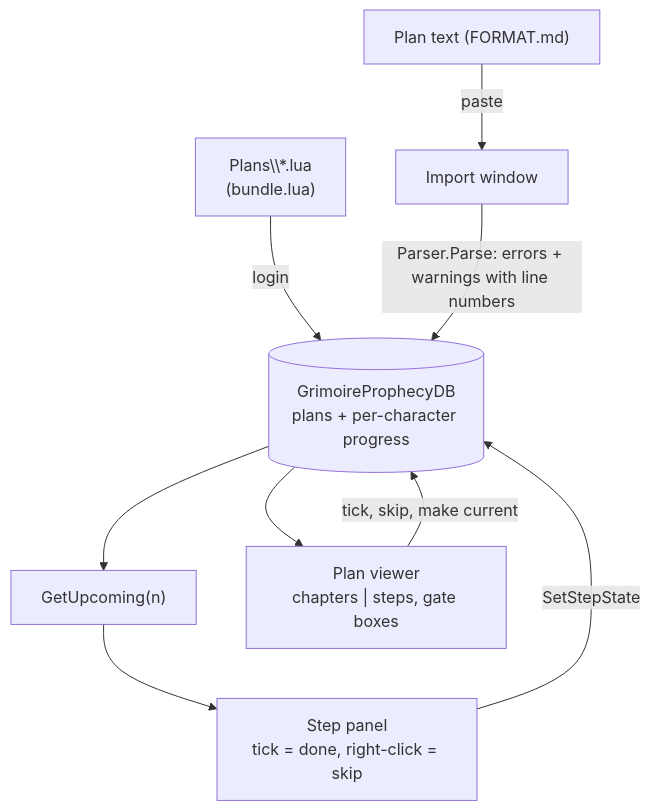
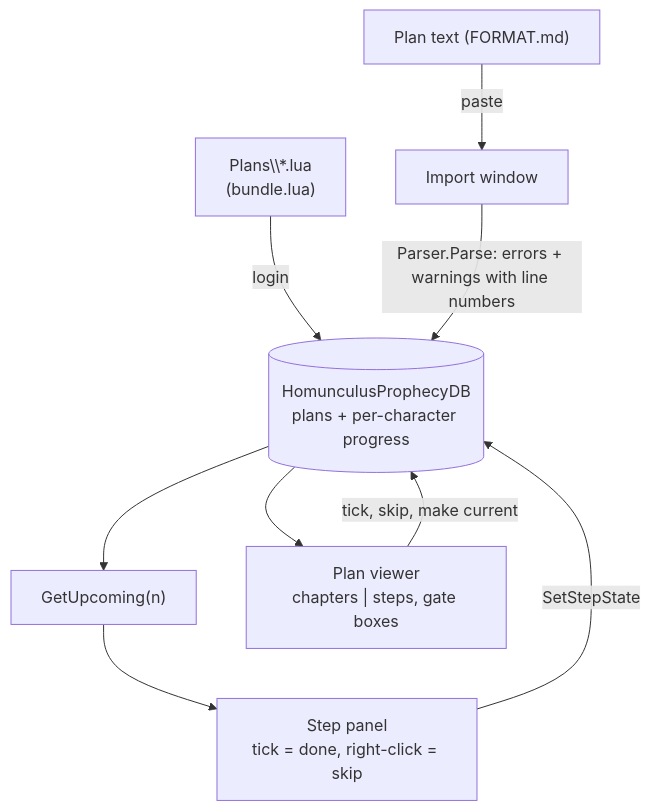
The second of 3 diagrams in docs/features/prophecy/README.md (PhillypHenning/grimoire), drawn with Mermaid before and after one commit. The commit also changed other lines of this file and 178 other files, not shown here.

First line of the commit message:
Rename the suite from Grimoire to Homunculus (ADR 0010)

````diff
--- a/docs/features/prophecy/README.md
+++ b/docs/features/prophecy/README.md
@@ -25,11 +25,11 @@
 ```mermaid
 flowchart TB
     Text["Plan text (FORMAT.md)"] -->|paste| Import[Import window]
     Bundled["Plans\\*.lua<br/>(bundle.lua)"] -->|login| Store
-    Import -->|Parser.Parse: errors + warnings with line numbers| Store[("GrimoireProphecyDB<br/>plans + per-character progress")]
+    Import -->|Parser.Parse: errors + warnings with line numbers| Store[("HomunculusProphecyDB<br/>plans + per-character progress")]
     Store --> Upcoming["GetUpcoming(n)"]
     Upcoming --> Panel["Step panel<br/>tick = done, right-click = skip"]
     Store --> Viewer["Plan viewer<br/>chapters | steps, gate boxes"]
     Panel -->|SetStepState| Store
     Viewer -->|tick, skip, make current| Store
 ```
````
